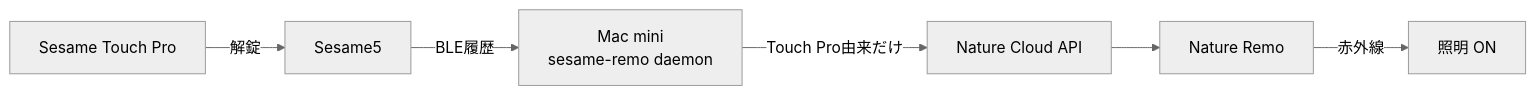
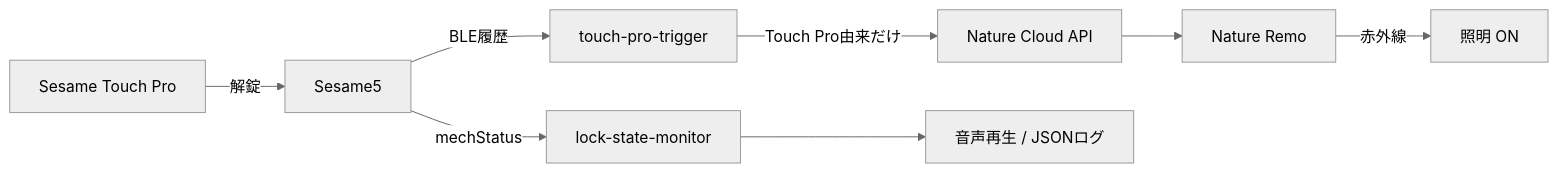
One commit to hiroto7/sesame-remo changed the diagram in README.md. Above: the diagram before and after it, drawn with Mermaid (neutral theme). The commit also changed other lines of this file and 20 other files, not shown here.

````diff
--- a/README.md
+++ b/README.md
@@ -7,8 +7,10 @@
 ```mermaid
 flowchart LR
     TP["Sesame Touch Pro"] -->|"解錠"| S5["Sesame5"]
-    S5 -->|"BLE履歴"| MAC["Mac mini<br/>sesame-remo daemon"]
-    MAC -->|"Touch Pro由来だけ"| API["Nature Cloud API"]
+    S5 -->|"BLE履歴"| TRIGGER["touch-pro-trigger"]
+    TRIGGER -->|"Touch Pro由来だけ"| API["Nature Cloud API"]
     API --> REMO["Nature Remo"]
     REMO -->|"赤外線"| LIGHT["照明 ON"]
+    S5 -->|"mechStatus"| MONITOR["lock-state-monitor"]
+    MONITOR --> SOUND["音声再生 / JSONログ"]
 ```
````
